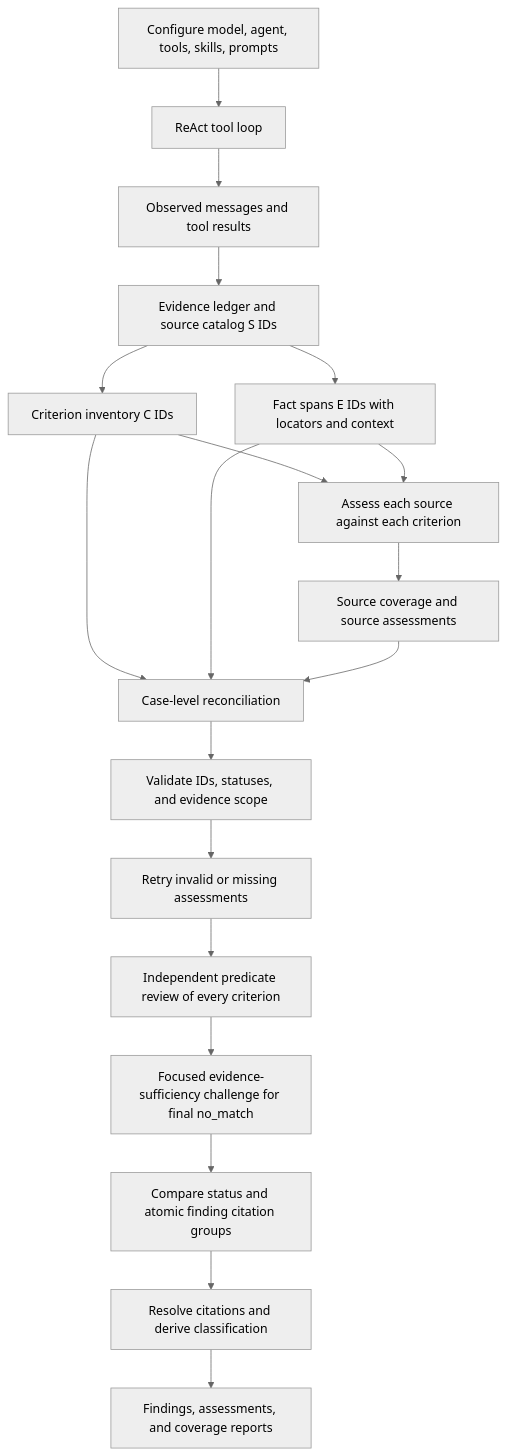
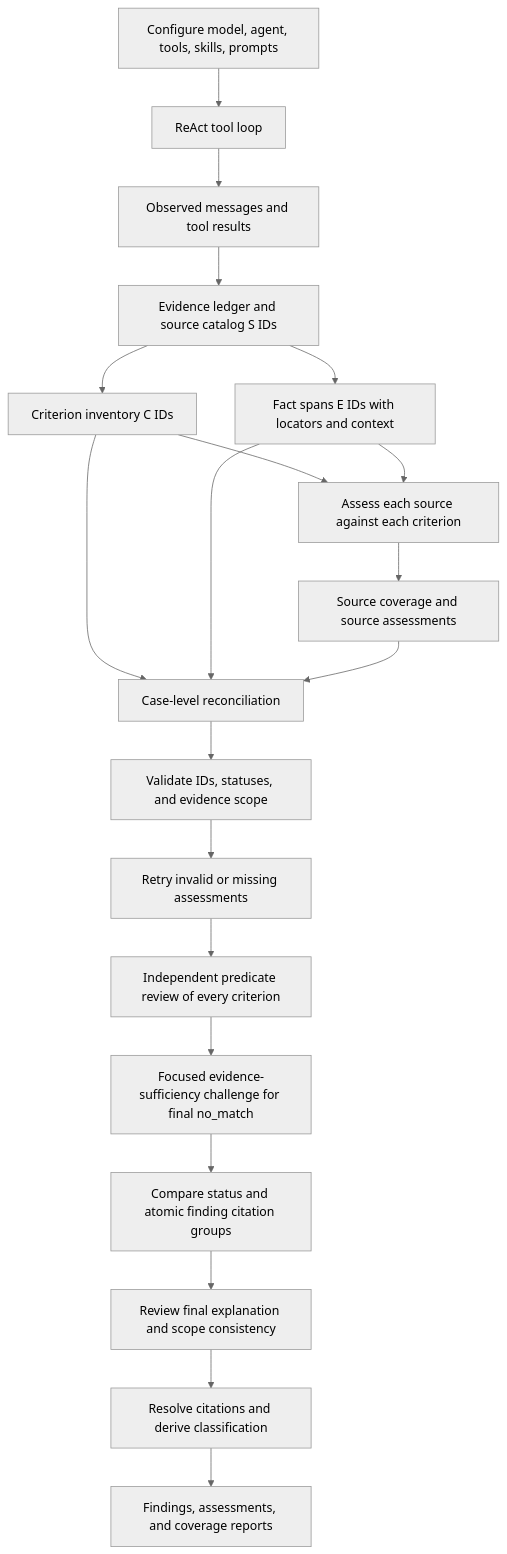
Before and after one commit to willtran87/tiny-skill-agent: the diagram in docs/DESIGN.md, drawn with Mermaid (neutral theme). The commit also changed other lines of this file and 134 other files, not shown here.

````diff
--- a/docs/DESIGN.md
+++ b/docs/DESIGN.md
@@ -25,21 +25,22 @@
 ```mermaid
 flowchart TD
     A[Configure model, agent, tools, skills, prompts] --> B[ReAct tool loop]
     B --> C[Observed messages and tool results]
     C --> D[Evidence ledger and source catalog S IDs]
     D --> E[Criterion inventory C IDs]
     D --> F[Fact spans E IDs with locators and context]
     E --> G[Assess each source against each criterion]
     F --> G
     G --> H[Source coverage and source assessments]
     E --> I[Case-level reconciliation]
     F --> I
     H --> I
     I --> J[Validate IDs, statuses, and evidence scope]
     J --> K[Retry invalid or missing assessments]
     K --> R[Independent predicate review of every criterion]
     R --> Q[Focused evidence-sufficiency challenge for final no_match]
     Q --> L[Compare status and atomic finding citation groups]
-    L --> M[Resolve citations and derive classification]
+    L --> V[Review final explanation and scope consistency]
+    V --> M[Resolve citations and derive classification]
     M --> N[Findings, assessments, and coverage reports]
 ```
````
